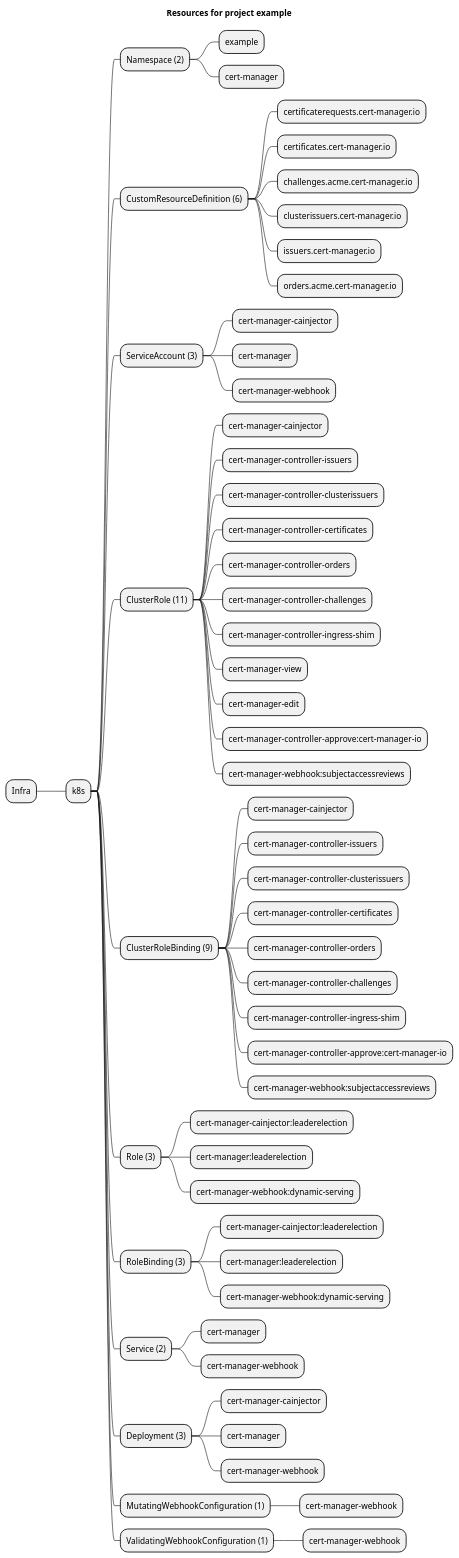
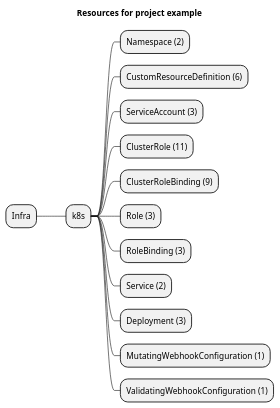
Before and after one commit to grucloud/grucloud: the diagram in packages/modules/k8s/cert-manager/example/artifacts/resources-mindmap.puml, drawn with PlantUML. The commit also changed 31 other files, not shown here.

```diff
--- a/packages/modules/k8s/cert-manager/example/artifacts/resources-mindmap.puml
+++ b/packages/modules/k8s/cert-manager/example/artifacts/resources-mindmap.puml
@@ -1,61 +1,17 @@
 @startmindmap
 title Resources for project example
 skinparam monochrome true
 + Infra
 ++ k8s
 +++ Namespace (2)
-++++ example
-++++ cert-manager
 +++ CustomResourceDefinition (6)
-++++ certificaterequests.cert-manager.io
-++++ certificates.cert-manager.io
-++++ challenges.acme.cert-manager.io
-++++ clusterissuers.cert-manager.io
-++++ issuers.cert-manager.io
-++++ orders.acme.cert-manager.io
 +++ ServiceAccount (3)
-++++ cert-manager-cainjector
-++++ cert-manager
-++++ cert-manager-webhook
 +++ ClusterRole (11)
-++++ cert-manager-cainjector
-++++ cert-manager-controller-issuers
-++++ cert-manager-controller-clusterissuers
-++++ cert-manager-controller-certificates
-++++ cert-manager-controller-orders
-++++ cert-manager-controller-challenges
-++++ cert-manager-controller-ingress-shim
-++++ cert-manager-view
-++++ cert-manager-edit
-++++ cert-manager-controller-approve:cert-manager-io
-++++ cert-manager-webhook:subjectaccessreviews
 +++ ClusterRoleBinding (9)
-++++ cert-manager-cainjector
-++++ cert-manager-controller-issuers
-++++ cert-manager-controller-clusterissuers
-++++ cert-manager-controller-certificates
-++++ cert-manager-controller-orders
-++++ cert-manager-controller-challenges
-++++ cert-manager-controller-ingress-shim
-++++ cert-manager-controller-approve:cert-manager-io
-++++ cert-manager-webhook:subjectaccessreviews
 +++ Role (3)
-++++ cert-manager-cainjector:leaderelection
-++++ cert-manager:leaderelection
-++++ cert-manager-webhook:dynamic-serving
 +++ RoleBinding (3)
-++++ cert-manager-cainjector:leaderelection
-++++ cert-manager:leaderelection
-++++ cert-manager-webhook:dynamic-serving
 +++ Service (2)
-++++ cert-manager
-++++ cert-manager-webhook
 +++ Deployment (3)
-++++ cert-manager-cainjector
-++++ cert-manager
-++++ cert-manager-webhook
 +++ MutatingWebhookConfiguration (1)
-++++ cert-manager-webhook
 +++ ValidatingWebhookConfiguration (1)
-++++ cert-manager-webhook
 @endmindmap
```
